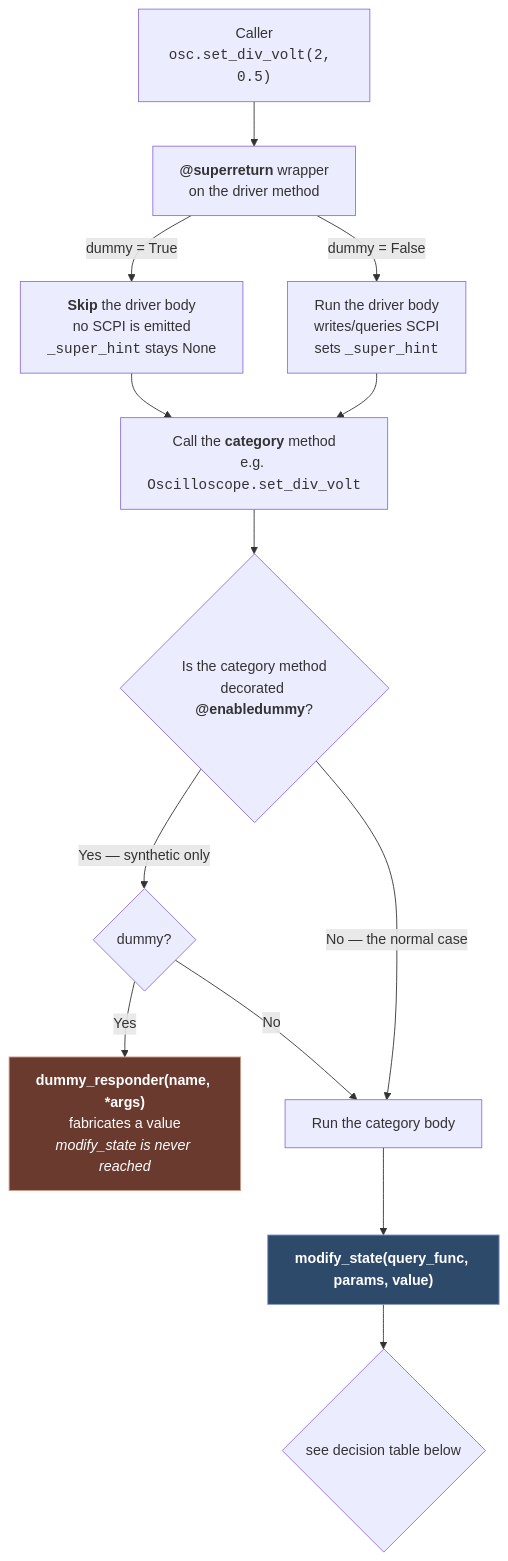
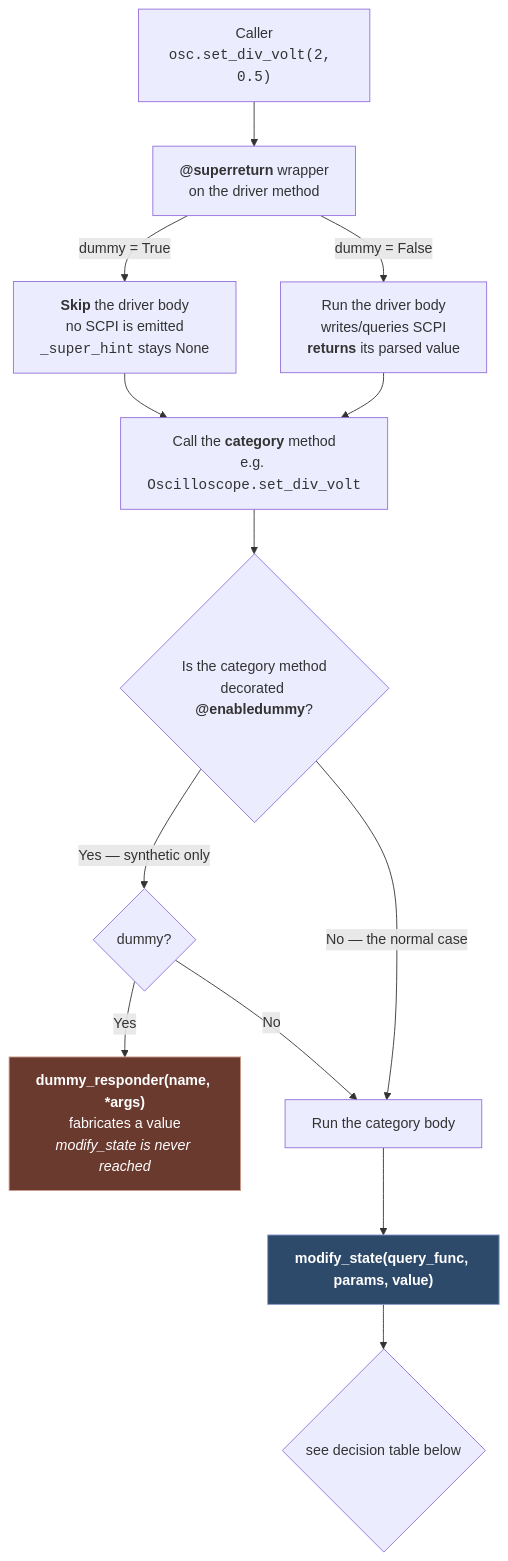
Before and after one commit to Grant-Giesbrecht/constellation: the first of 4 diagrams in docs/dummy_mode.md, drawn with Mermaid. The commit also changed other lines of this file and 14 other files, not shown here.

````diff
--- a/docs/dummy_mode.md
+++ b/docs/dummy_mode.md
@@ -30,23 +30,23 @@
 ```mermaid
 flowchart TD
     A["Caller<br/><code>osc.set_div_volt(2, 0.5)</code>"] --> B["<b>@superreturn</b> wrapper<br/>on the driver method"]
 
     B -->|"dummy = True"| C["<b>Skip</b> the driver body<br/>no SCPI is emitted<br/><code>_super_hint</code> stays None"]
-    B -->|"dummy = False"| D["Run the driver body<br/>writes/queries SCPI<br/>sets <code>_super_hint</code>"]
+    B -->|"dummy = False"| D["Run the driver body<br/>writes/queries SCPI<br/><b>returns</b> its parsed value"]
 
     C --> E["Call the <b>category</b> method<br/>e.g. <code>Oscilloscope.set_div_volt</code>"]
     D --> E
 
     E --> F{"Is the category method<br/>decorated <b>@enabledummy</b>?"}
 
     F -->|"Yes — synthetic only"| G{"dummy?"}
     G -->|"Yes"| H["<b>dummy_responder(name, *args)</b><br/>fabricates a value<br/><i>modify_state is never reached</i>"]
     G -->|"No"| I["Run the category body"]
 
     F -->|"No — the normal case"| I
     I --> J["<b>modify_state(query_func, params, value)</b>"]
     J --> K{"see decision table below"}
 
     style H fill:#6b3a2e,stroke:#c98,color:#fff
     style J fill:#2e4a6b,stroke:#89c,color:#fff
 ```
````
